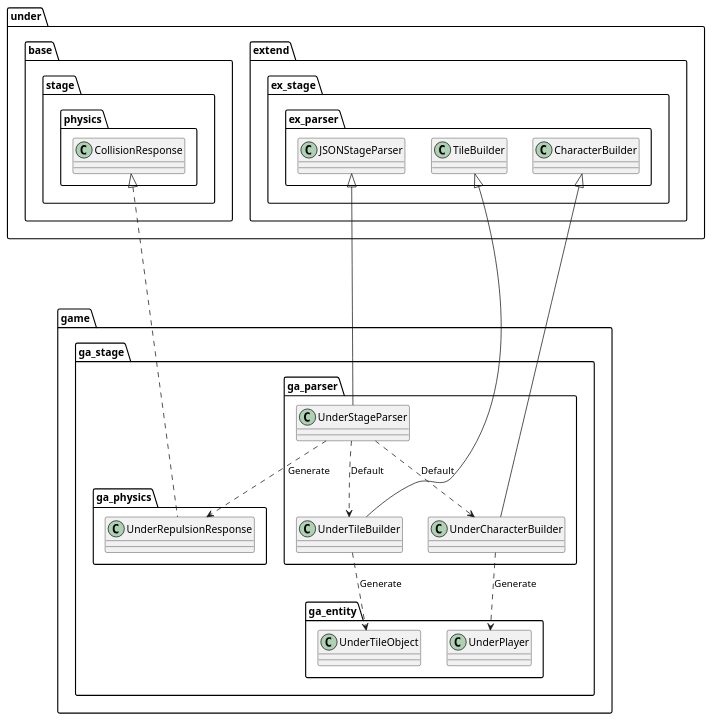
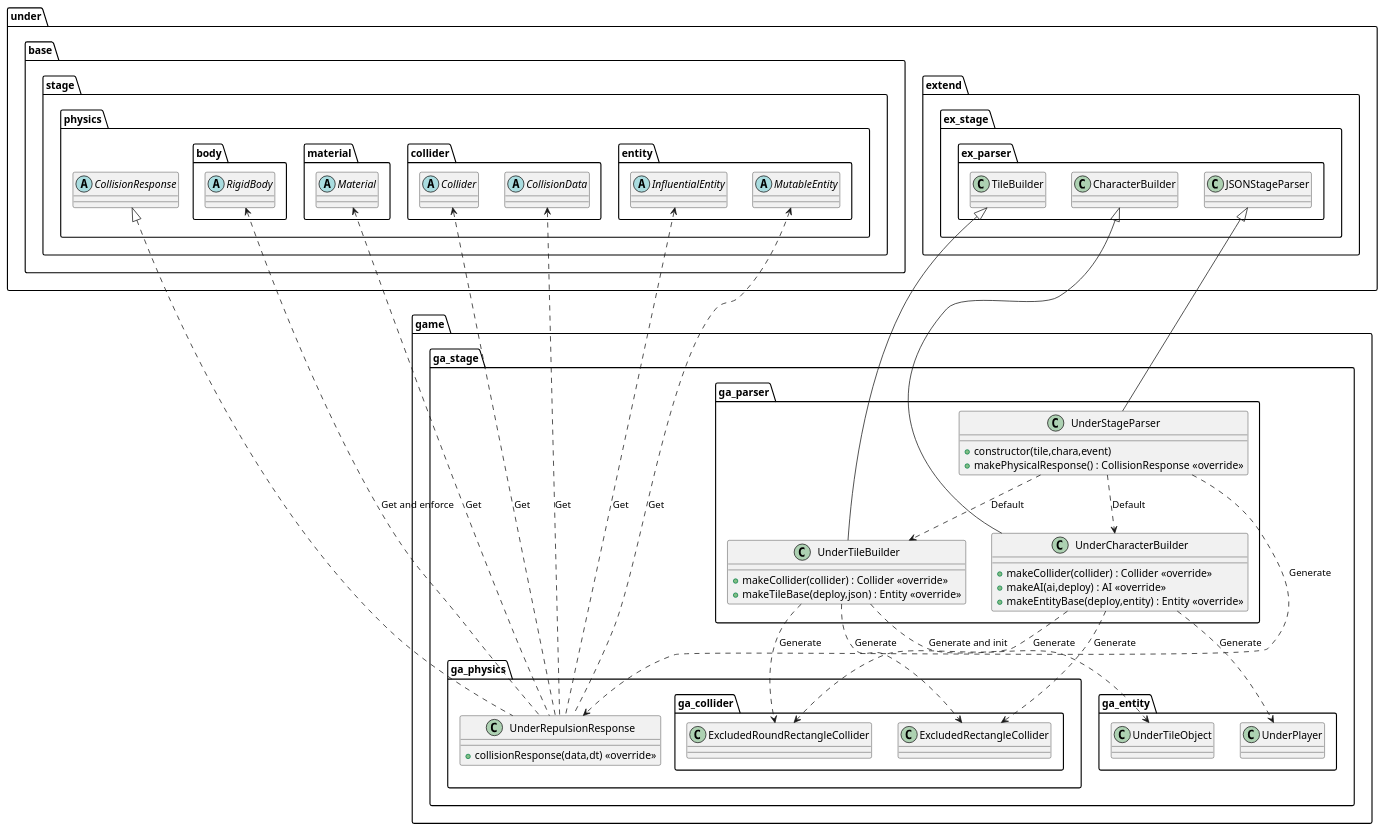
One commit to Expine/Under changed the diagram in uml/stage/Game.wsd. Above: the diagram before and after it, drawn with PlantUML. The commit also changed 75 other files, not shown here.

Commit message:
Fix stage system, abstract collision data

```diff
--- a/uml/stage/Game.wsd
+++ b/uml/stage/Game.wsd
@@ -1,56 +1,101 @@
 @startuml StageGame
 
 package game {
     package ga_stage {
         package ga_parser {
-            class UnderStageParser
-            class UnderTileBuilder
-            class UnderCharacterBuilder
+            class UnderStageParser {
+                +constructor(tile,chara,event)
+                +makePhysicalResponse() : CollisionResponse <<override>>
+            }
+            class UnderTileBuilder {
+                +makeCollider(collider) : Collider <<override>>
+                +makeTileBase(deploy,json) : Entity <<override>>
+            }
+            class UnderCharacterBuilder {
+                +makeCollider(collider) : Collider <<override>>
+                +makeAI(ai,deploy) : AI <<override>>
+                +makeEntityBase(deploy,entity) : Entity <<override>>
+            }
         }
 
         package ga_physics {
-            class UnderRepulsionResponse
+            class UnderRepulsionResponse {
+                +collisionResponse(data,dt) <<override>>
+            }
         }
     }
 }
 
 package game {
     package ga_stage {
         package ga_entity {
             class UnderTileObject
             class UnderPlayer
         }
+        package ga_physics {
+            package ga_collider {
+                class ExcludedRectangleCollider
+                class ExcludedRoundRectangleCollider
+            }
+        }
     }
 }
 
 package under {
     package base {
         package stage {
             package physics {
-                class CollisionResponse
+                abstract CollisionResponse
+                package body {
+                    abstract RigidBody
+                }
+                package material {
+                    abstract Material
+                }
+                package collider {
+                    abstract Collider
+                    abstract CollisionData
+                }
+                package entity {
+                    abstract InfluentialEntity
+                    abstract MutableEntity
+                }
             }
         }
     }
     package extend {
         package ex_stage {
             package ex_parser {
                 class JSONStageParser
                 class TileBuilder
                 class CharacterBuilder
             }
         }
     }
 }
 
-UnderStageParser ..> UnderTileBuilder : "Default"
-UnderStageParser ..> UnderCharacterBuilder : "Default"
-UnderStageParser ..> UnderRepulsionResponse : "Generate"
-UnderTileBuilder ..> UnderTileObject : Generate
+UnderStageParser ..> UnderTileBuilder : Default
+UnderStageParser ..> UnderCharacterBuilder : Default
+UnderStageParser ..> UnderRepulsionResponse : Generate
+
+UnderTileBuilder ..> UnderTileObject : Generate and init
+UnderTileBuilder ..> ExcludedRectangleCollider : Generate
+UnderTileBuilder ..> ExcludedRoundRectangleCollider : Generate
+
 UnderCharacterBuilder ..> UnderPlayer : Generate
+UnderCharacterBuilder ..> ExcludedRectangleCollider : Generate
+UnderCharacterBuilder ..> ExcludedRoundRectangleCollider : Generate
+
+RigidBody <.. UnderRepulsionResponse : Get and enforce
+Material <.. UnderRepulsionResponse : Get
+Collider <.. UnderRepulsionResponse : Get
+InfluentialEntity <.. UnderRepulsionResponse : Get
+MutableEntity <.. UnderRepulsionResponse : Get
+CollisionData <.. UnderRepulsionResponse : Get
 
 JSONStageParser <|-- UnderStageParser
 TileBuilder <|-- UnderTileBuilder
 CharacterBuilder <|-- UnderCharacterBuilder
 CollisionResponse <|.... UnderRepulsionResponse
 
 @enduml
```
